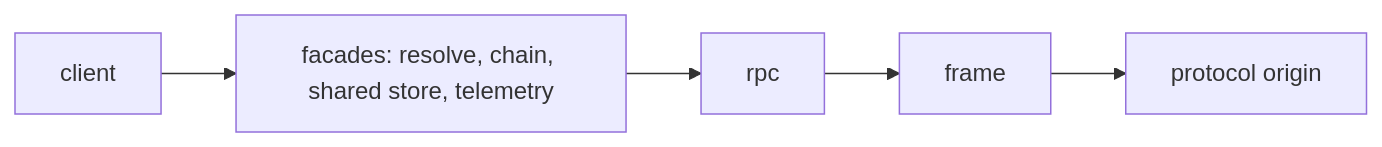
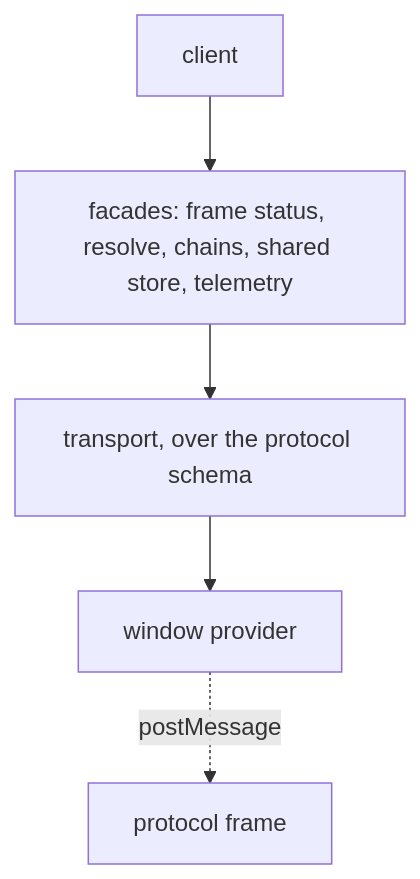
Before and after one commit to Polkadot-Community-Foundation/dotli-community: the diagram in packages/protocol/README.md, drawn with Mermaid. The commit also changed other lines of this file and 169 other files, not shown here.

Commit message:
refactor(protocol): a typed SCALE transport between the host, the protocol frame and the SharedWorker (#402)

````diff
--- a/packages/protocol/README.md
+++ b/packages/protocol/README.md
@@ -16,5 +16,7 @@
 ```mermaid
-flowchart LR
-  client --> facades["facades: resolve, chain, shared store, telemetry"]
-  facades --> rpc --> frame --> origin[protocol origin]
+flowchart TB
+  client --> facades["facades: frame status, resolve, chains, shared store, telemetry"]
+  facades --> transport["transport, over the protocol schema"]
+  transport --> provider["window provider"]
+  provider -. postMessage .-> frame[protocol frame]
 ```
````
